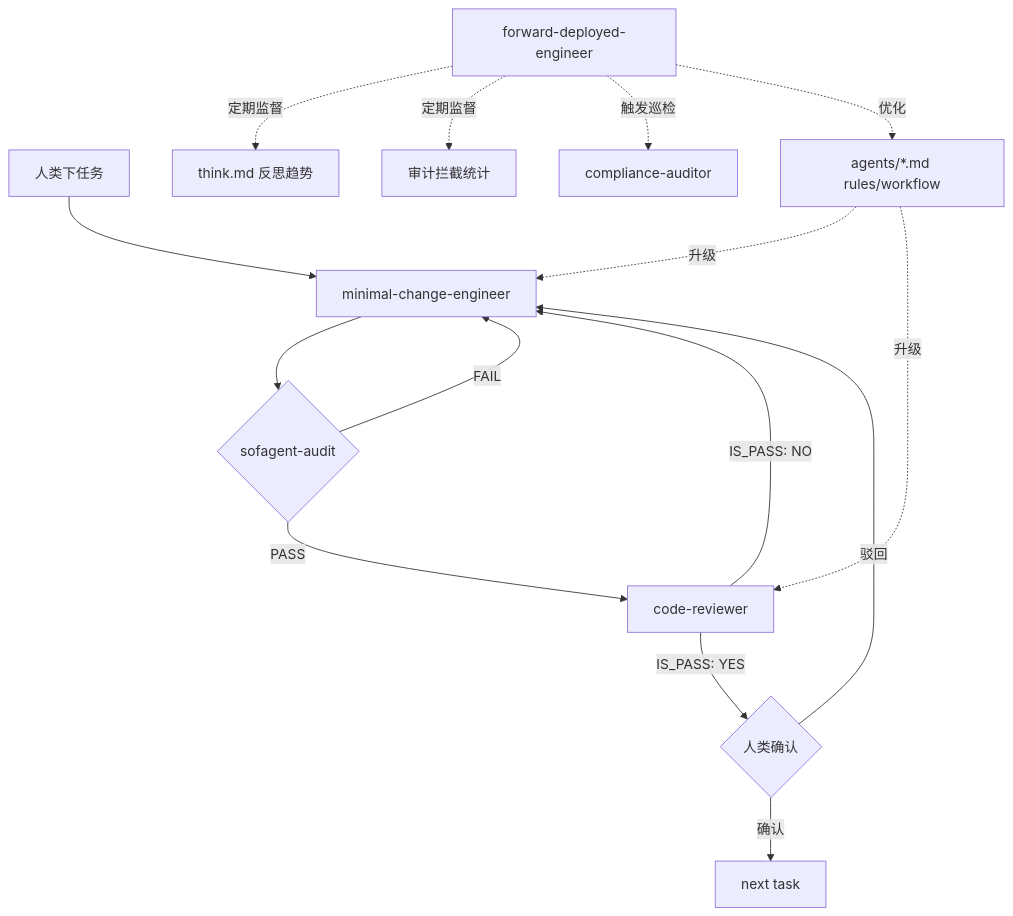
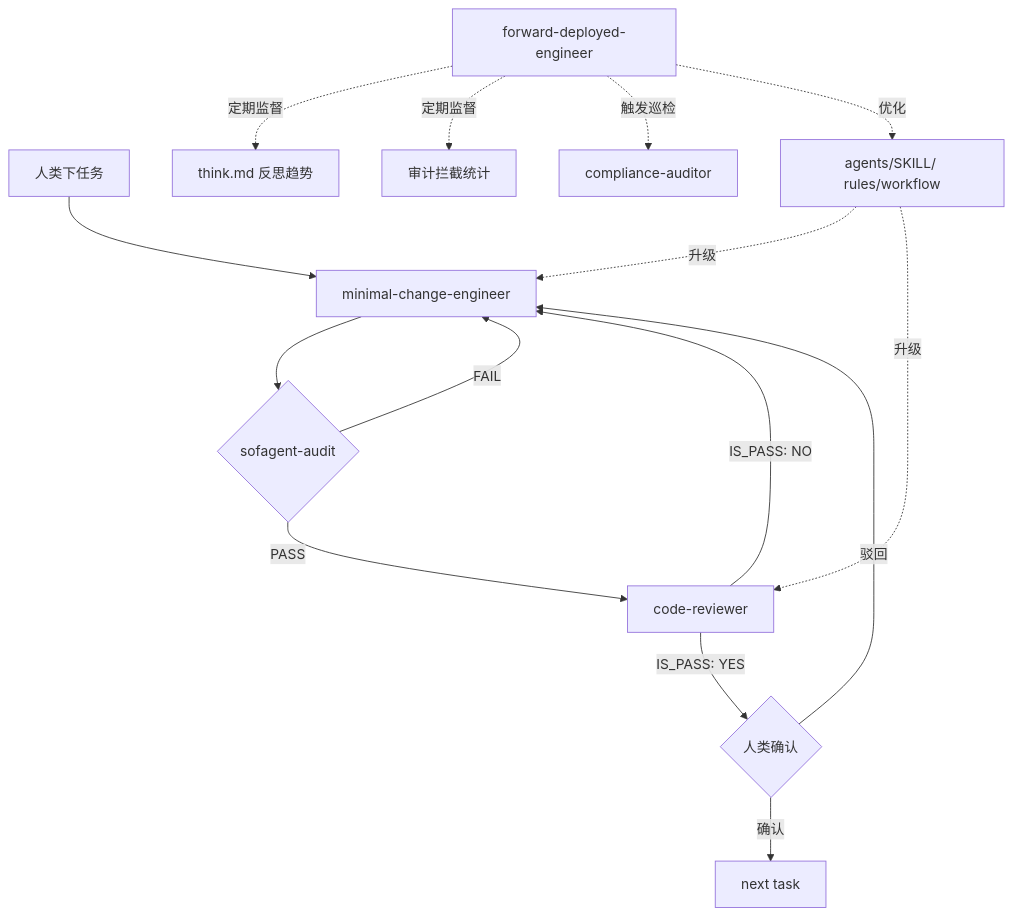
One commit to KongFangXun/sofagent changed the second of 3 diagrams in LOOP/LOOP.md. Above: the diagram before and after it, drawn with Mermaid. The commit also changed other lines of this file and 20 other files, not shown here.

````diff
--- a/LOOP/LOOP.md
+++ b/LOOP/LOOP.md
@@ -66,18 +66,18 @@
 ```mermaid
 graph TD
     START[人类下任务] --> CODING[minimal-change-engineer]
     CODING --> AUDIT{sofagent-audit}
     AUDIT -->|FAIL| CODING
     AUDIT -->|PASS| REVIEW[code-reviewer]
     REVIEW -->|IS_PASS: NO| CODING
     REVIEW -->|IS_PASS: YES| HUMAN{人类确认}
     HUMAN -->|确认| NEXT[next task]
     HUMAN -->|驳回| CODING
 
     FDE[forward-deployed-engineer] -.->|定期监督| THINK[think.md 反思趋势]
     FDE -.->|定期监督| STATS[审计拦截统计]
     FDE -.->|触发巡检| COMPLIANCE[compliance-auditor]
-    FDE -.->|优化| AGENT_DEF[agents/*.md rules/workflow]
+    FDE -.->|优化| AGENT_DEF[agents/SKILL/ rules/workflow]
     AGENT_DEF -.->|升级| CODING
     AGENT_DEF -.->|升级| REVIEW
 ```
````
